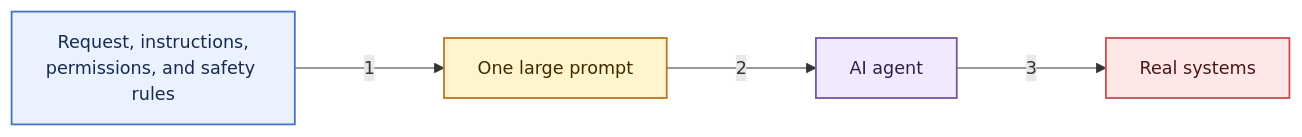
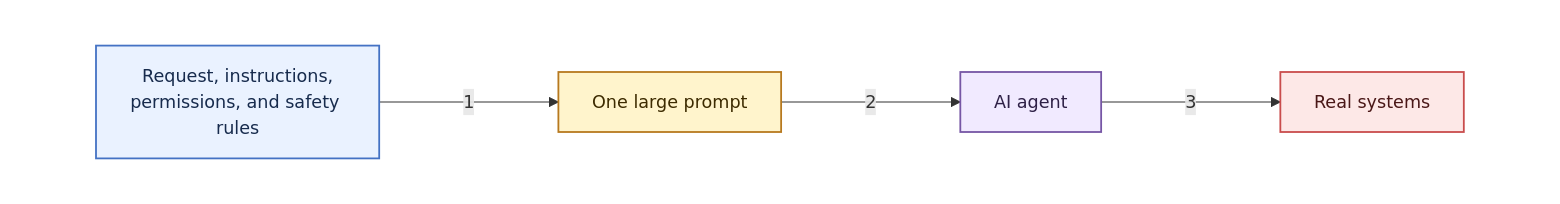
The first of 5 diagrams in README.md (debchoudhury-id4s/agent-airlock), drawn with Mermaid before and after one commit. The commit also changed other lines of this file, not shown here.

Commit message:
white bckg for diagrams against black theme

````diff
--- a/README.md
+++ b/README.md
@@ -36,16 +36,20 @@
 ```mermaid
-%%{init: {"fontFamily": "Calibri Light, Calibri, Arial, sans-serif", "themeVariables": {"background": "#ffffff", "fontSize": "11pt"}, "flowchart": {"useMaxWidth": true, "htmlLabels": true, "curve": "linear", "nodeSpacing": 36, "rankSpacing": 115, "padding": 14, "diagramPadding": 8, "wrappingWidth": 180}}}%%
+%%{init: {"fontFamily": "Calibri Light, Calibri, Arial, sans-serif", "themeVariables": {"background": "#ffffff", "fontSize": "11pt"}, "flowchart": {"useMaxWidth": true, "htmlLabels": true, "curve": "linear", "nodeSpacing": 36, "rankSpacing": 115, "padding": 14, "diagramPadding": 0, "wrappingWidth": 180}}}%%
 flowchart LR
-    Request["Request, instructions,<br/>permissions, and safety rules"] -->|1| Prompt["One large prompt"]
-    Prompt -->|2| Agent["AI agent"]
-    Agent -->|3| Systems["Real systems"]
+    subgraph WhiteBackground1[" "]
+        direction LR
+        Request["Request, instructions,<br/>permissions, and safety rules"] -->|1| Prompt["One large prompt"]
+        Prompt -->|2| Agent["AI agent"]
+        Agent -->|3| Systems["Real systems"]
+    end
 
+    style WhiteBackground1 fill:#ffffff,stroke:#ffffff,color:#ffffff;
     classDef input fill:#eaf2ff,stroke:#4472c4,color:#172b4d,stroke-width:1.5px;
     classDef risk fill:#fff4cc,stroke:#b7791f,color:#3d2b00,stroke-width:1.5px;
     classDef actor fill:#f1eaff,stroke:#7656a5,color:#2f2147,stroke-width:1.5px;
     classDef system fill:#fde8e7,stroke:#c94c4c,color:#4a1717,stroke-width:1.5px;
     class Request input;
     class Prompt risk;
     class Agent actor;
     class Systems system;
 ```
````
